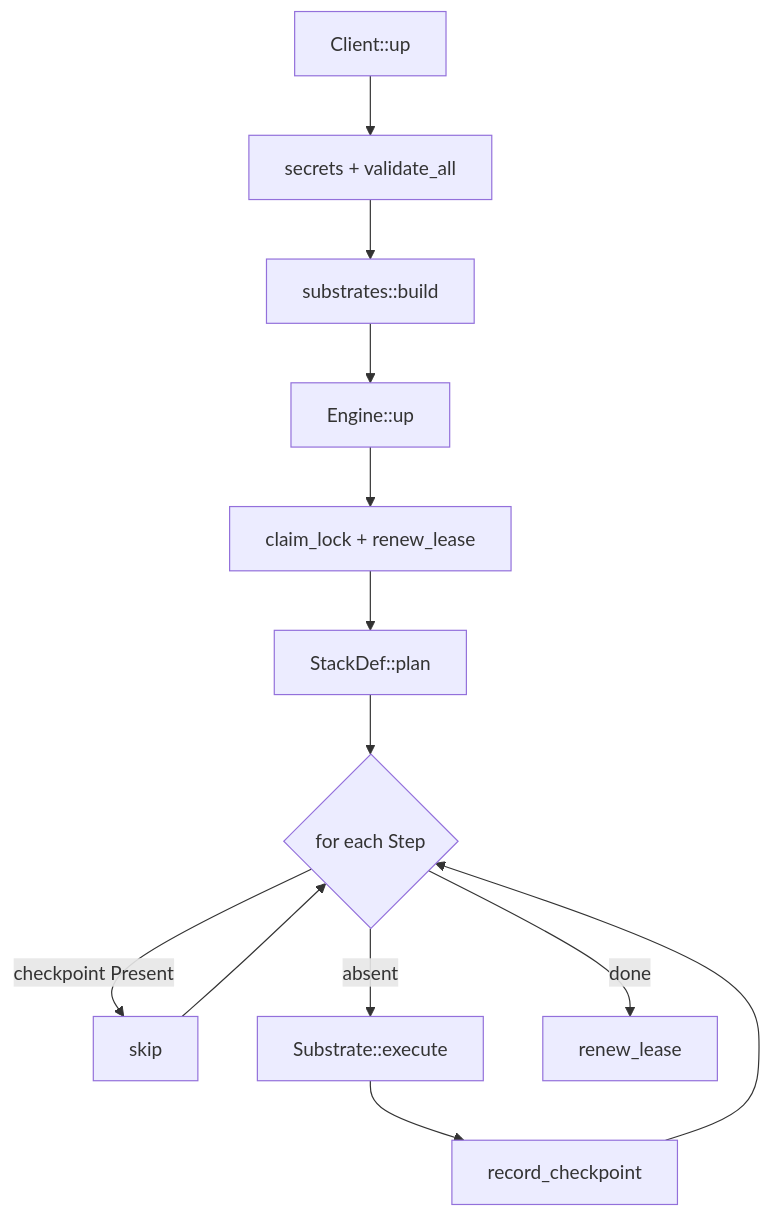
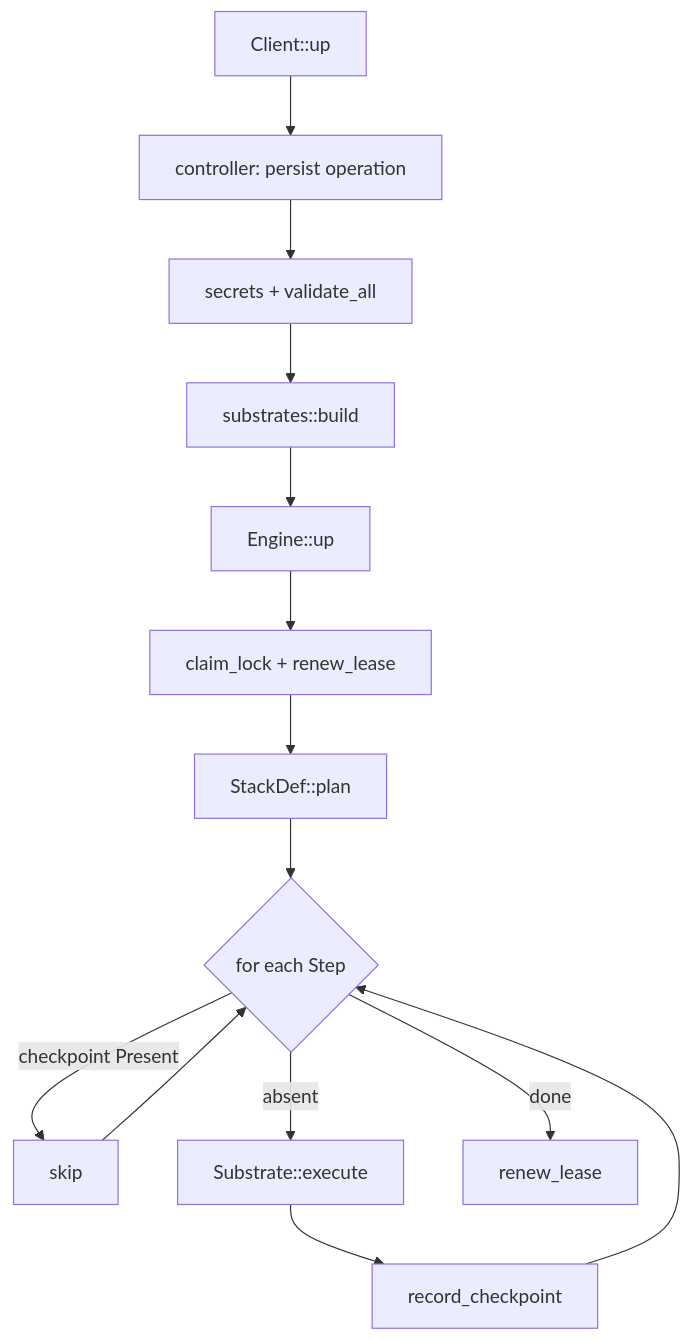
One commit to snowmead/stackless changed the second of 10 diagrams in ARCHITECTURE.md. Above: the diagram before and after it, drawn with Mermaid. The commit also changed other lines of this file and 277 other files, not shown here.

````diff
--- a/ARCHITECTURE.md
+++ b/ARCHITECTURE.md
@@ -49,15 +48,16 @@
 ```mermaid
 flowchart TD
-  A["Client::up"] --> B["secrets + validate_all"]
+  A["Client::up"] --> Op["controller: persist operation"]
+  Op --> B["secrets + validate_all"]
   B --> C["substrates::build"]
   C --> D["Engine::up"]
   D --> E["claim_lock + renew_lease"]
   E --> F["StackDef::plan"]
   F --> G{"for each Step"}
   G -->|checkpoint Present| H["skip"]
   G -->|absent| I["Substrate::execute"]
   I --> J["record_checkpoint"]
   H --> G
   J --> G
   G -->|done| K["renew_lease"]
 ```
````
